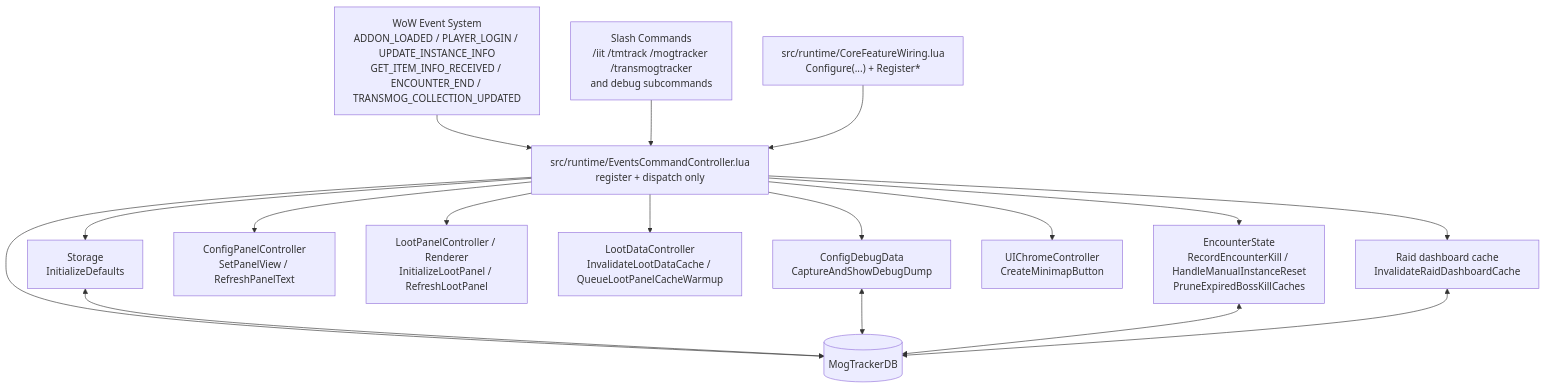
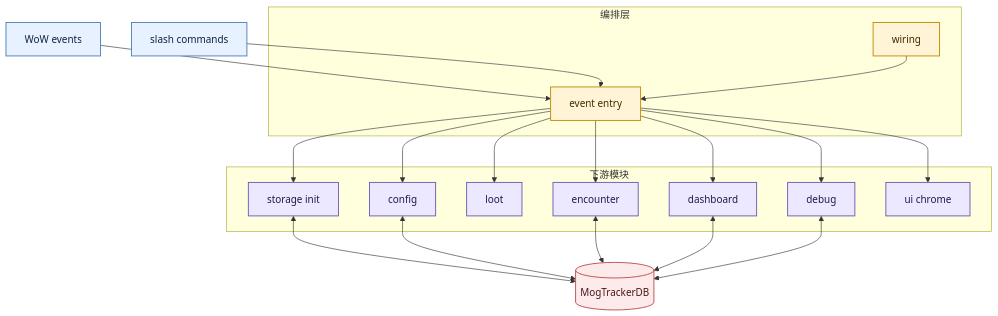
One commit to terencefan/inority-wow changed the second of 17 diagrams in README.md. Above: the diagram before and after it, drawn with Mermaid. The commit also changed other lines of this file and 126 other files, not shown here.

Commit message:
Refactor dashboard storage and bulk scan flows

````diff
--- a/README.md
+++ b/README.md
@@ -117,36 +257,50 @@
 ```mermaid
 flowchart TD
-    WoW["WoW Event System\nADDON_LOADED / PLAYER_LOGIN / UPDATE_INSTANCE_INFO\nGET_ITEM_INFO_RECEIVED / ENCOUNTER_END / TRANSMOG_COLLECTION_UPDATED"]
-    Slash["Slash Commands\n/iit /tmtrack /mogtracker /transmogtracker\nand debug subcommands"]
-    Wiring["src/runtime/CoreFeatureWiring.lua\nConfigure(...) + Register*"]
-    ECC["src/runtime/EventsCommandController.lua\nregister + dispatch only"]
+    WoW["WoW events"]
+    Slash["slash commands"]
 
-    Storage["Storage\nInitializeDefaults"]
-    ConfigDebug["ConfigDebugData\nCaptureAndShowDebugDump"]
-    ConfigPanel["ConfigPanelController\nSetPanelView / RefreshPanelText"]
-    LootPanel["LootPanelController / Renderer\nInitializeLootPanel / RefreshLootPanel"]
-    LootData["LootDataController\nInvalidateLootDataCache / QueueLootPanelCacheWarmup"]
-    Encounter["EncounterState\nRecordEncounterKill / HandleManualInstanceReset\nPruneExpiredBossKillCaches"]
-    UIChrome["UIChromeController\nCreateMinimapButton"]
-    Dashboard["Raid dashboard cache\nInvalidateRaidDashboardCache"]
+    subgraph Orchestration["编排层"]
+        Wiring["wiring"]
+        EventEntry["event entry"]
+    end
+
+    subgraph Modules["下游模块"]
+        Storage["storage init"]
+        Config["config"]
+        Loot["loot"]
+        Encounter["encounter"]
+        Dashboard["dashboard"]
+        Debug["debug"]
+        UIChrome["ui chrome"]
+    end
+
     DB[("MogTrackerDB")]
 
-    WoW --> ECC
-    Slash --> ECC
-    Wiring --> ECC
+    WoW --> EventEntry
+    Slash --> EventEntry
+    Wiring --> EventEntry
 
-    ECC --> Storage
-    ECC --> ConfigDebug
-    ECC --> ConfigPanel
-    ECC --> LootPanel
-    ECC --> LootData
-    ECC --> Encounter
-    ECC --> UIChrome
-    ECC --> Dashboard
-    ECC --> DB
+    EventEntry --> Storage
+    EventEntry --> Config
+    EventEntry --> Loot
+    EventEntry --> Encounter
+    EventEntry --> Dashboard
+    EventEntry --> Debug
+    EventEntry --> UIChrome
 
     Storage <--> DB
-    ConfigDebug <--> DB
+    Config <--> DB
     Encounter <--> DB
     Dashboard <--> DB
+    Debug <--> DB
+
+    classDef inputNode fill:#e8f1ff,stroke:#4f81bd,stroke-width:1.5px,color:#10233f;
+    classDef orchestrationNode fill:#fff4d6,stroke:#c58b00,stroke-width:1.5px,color:#3f2b00;
+    classDef moduleNode fill:#ece8ff,stroke:#6f5bb7,stroke-width:1.5px,color:#24184a;
+    classDef storageNode fill:#fdeaea,stroke:#c05050,stroke-width:1.5px,color:#4a1818;
+
+    class WoW,Slash inputNode;
+    class Wiring,EventEntry orchestrationNode;
+    class Storage,Config,Loot,Encounter,Dashboard,Debug,UIChrome moduleNode;
+    class DB storageNode;
 ```
````
